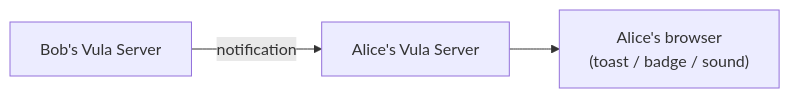
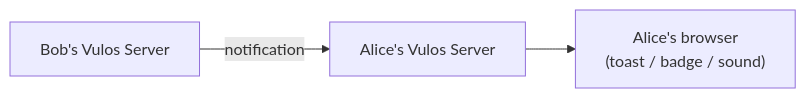
One commit to vul-os/vulos changed the first of 2 diagrams in roadmap/NOTIFICATIONS.md. Above: the diagram before and after it, drawn with Mermaid. The commit also changed other lines of this file and 138 other files, not shown here.

````diff
--- a/roadmap/NOTIFICATIONS.md
+++ b/roadmap/NOTIFICATIONS.md
@@ -15,5 +15,5 @@
 ```mermaid
 flowchart LR
-    Bob["Bob's Vula Server"] -->|notification| Alice["Alice's Vula Server"]
+    Bob["Bob's Vulos Server"] -->|notification| Alice["Alice's Vulos Server"]
     Alice --> Browser["Alice's browser<br/>(toast / badge / sound)"]
 ```
````
